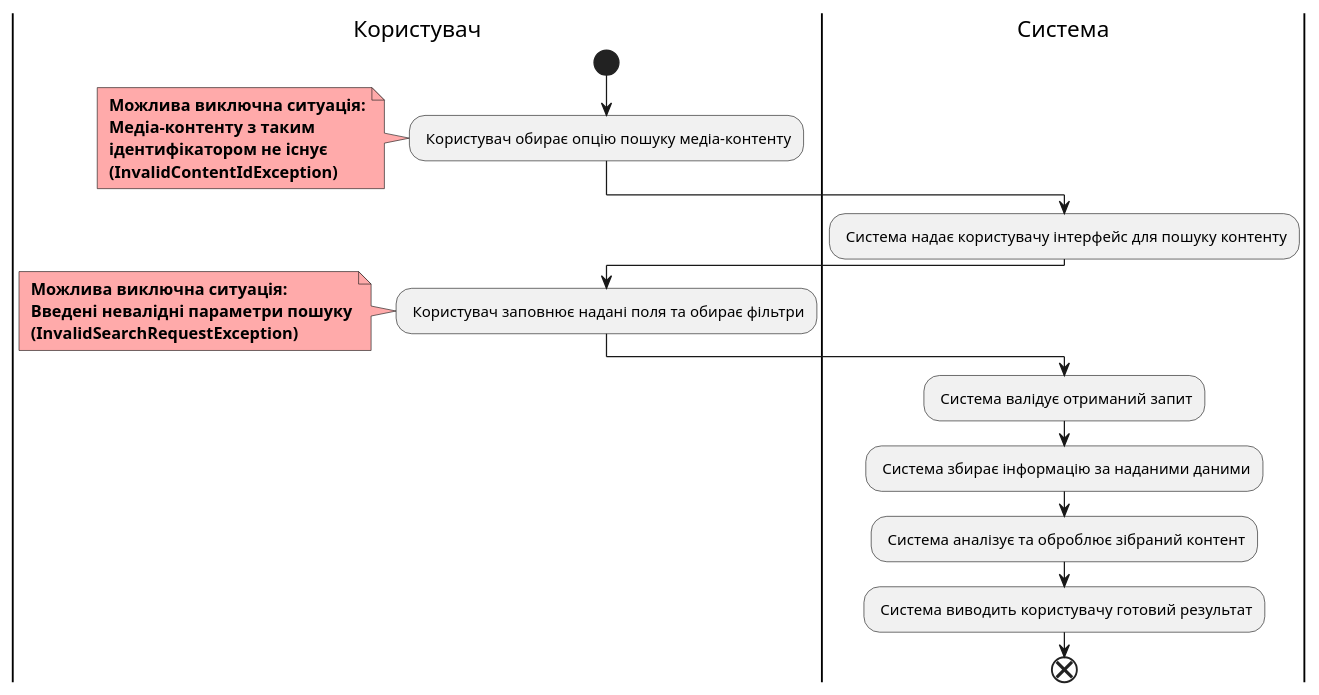
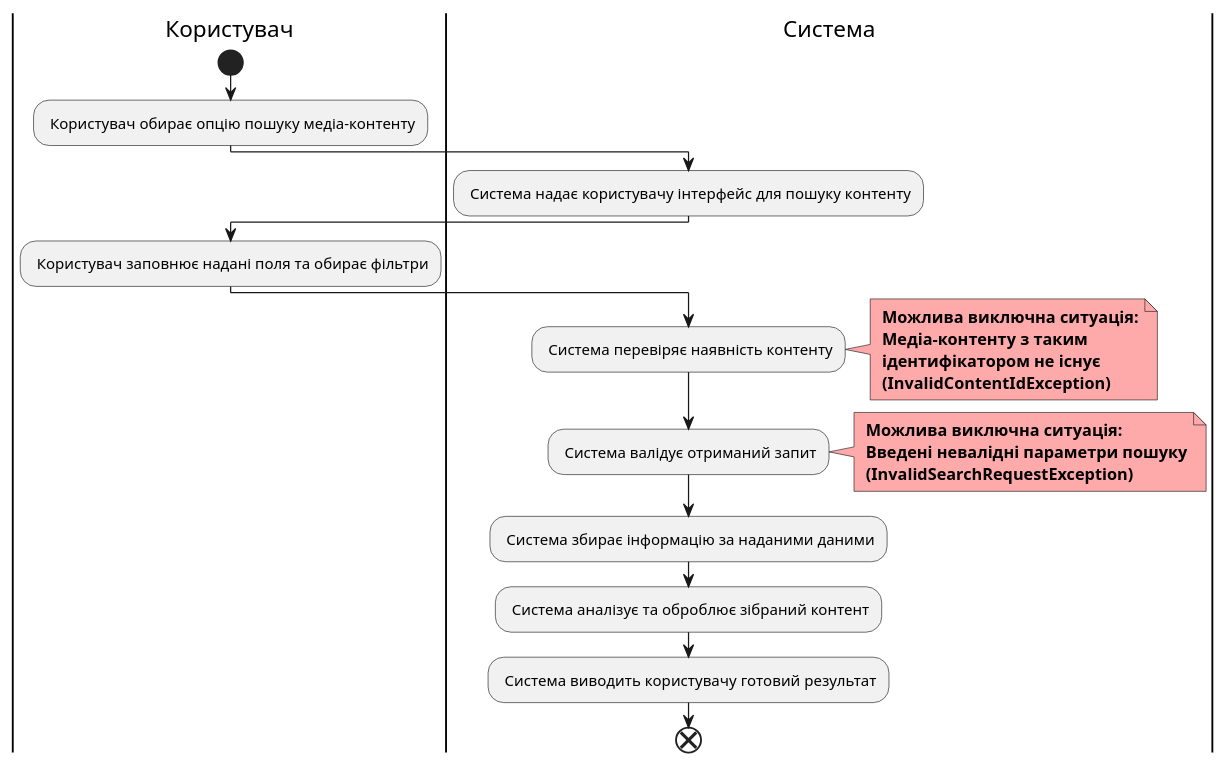
Before and after one commit to semenyaka08/media-content-api: the second of 4 diagrams in docs/use cases/README.md, drawn with PlantUML. The commit also changed other lines of this file, not shown here.

Commit message:
updated create content search content diagram

````diff
--- a/docs/use cases/README.md
+++ b/docs/use cases/README.md
@@ -90,28 +96,29 @@
 ```plantuml
     @startuml
         |Користувач| 
         start
           : Користувач обирає опцію пошуку медіа-контенту;
-          note left #ffaaaa
+        |Система|
+          : Система надає користувачу інтерфейс для пошуку контенту;
+        |Користувач| 
+          : Користувач заповнює надані поля та обирає фільтри;
+        |Система|
+          : Система перевіряє наявність контенту;
+          note right #ffaaaa
           <b> Можлива виключна ситуація:
           <b> Медіа-контенту з таким 
           <b> ідентифікатором не існує
           <b> (InvalidContentIdException)
           end note
-        |Система|
-          : Система надає користувачу інтерфейс для пошуку контенту;
-        |Користувач| 
-          : Користувач заповнює надані поля та обирає фільтри;
-          note left #ffaaaa
+          : Система валідує отриманий запит;
+          note right #ffaaaa
           <b> Можлива виключна ситуація:
           <b> Введені невалідні параметри пошуку
           <b> (InvalidSearchRequestException)
           end note
-        |Система|
-          : Система валідує отриманий запит;
           : Система збирає інформацію за наданими даними;
           : Система аналізує та оброблює зібраний контент;
           : Система виводить користувачу готовий результат;
         end
     @enduml
 ```
````
